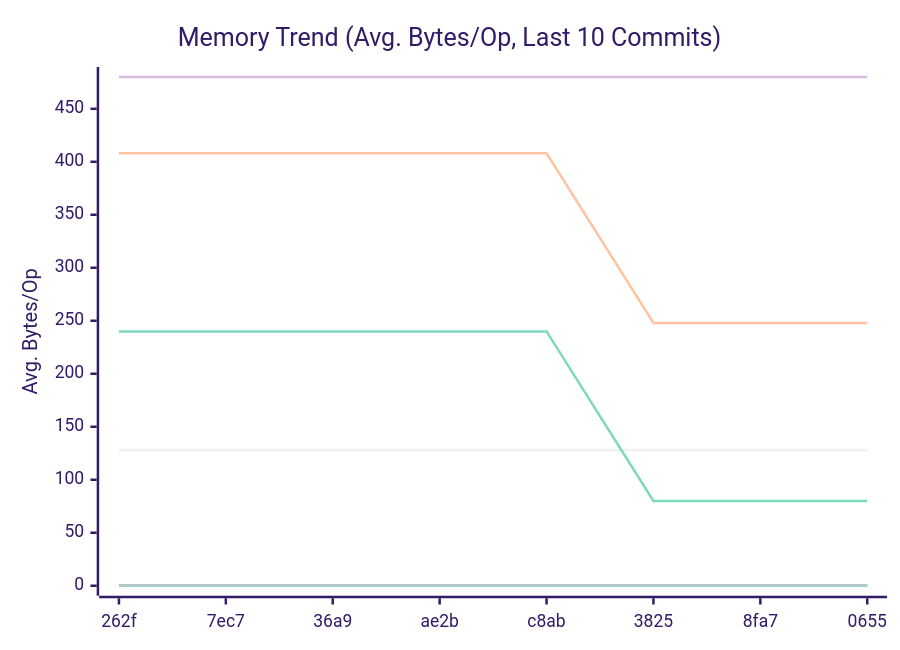
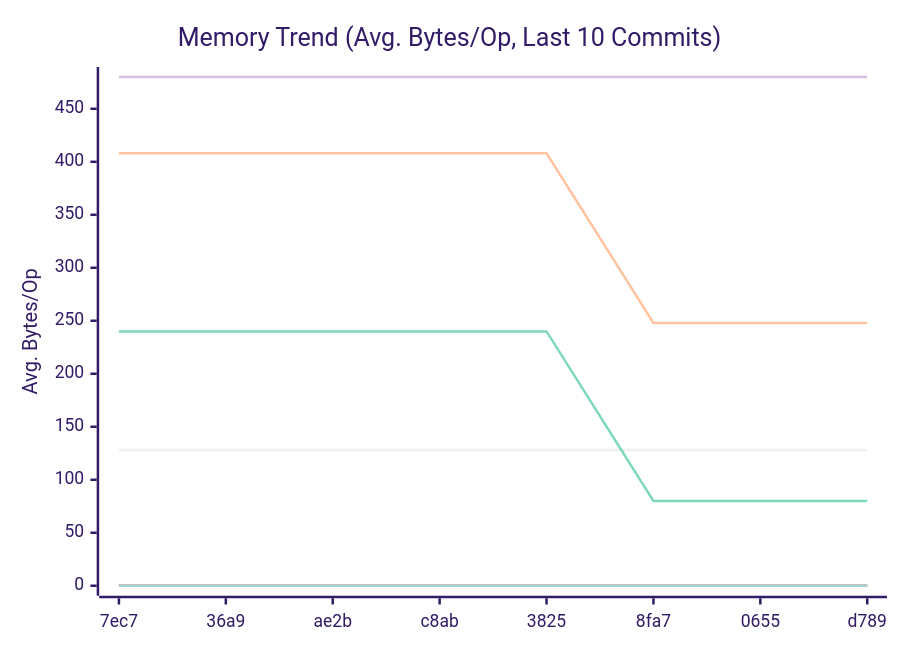
One commit to alsotoes/momo changed the second of 3 diagrams in docs/README.md. Above: the diagram before and after it, drawn with Mermaid (forest theme). The commit also changed other lines of this file and 1 other file, not shown here.

````diff
--- a/docs/README.md
+++ b/docs/README.md
@@ -318,14 +318,14 @@
 ```mermaid
 xychart-beta
     title "Memory Trend (Avg. Bytes/Op, Last 10 Commits)"
     x-axis "Commit"
     y-axis "Avg. Bytes/Op"
-    x-axis [262f,7ec7,36a9,ae2b,c8ab,3825,8fa7,0655]
+    x-axis [7ec7,36a9,ae2b,c8ab,3825,8fa7,0655,d789]
     line "CheckMetricsAndSwap" [0,0,0,0,0,0,0,0,0,0]
     line "IndexDirectTracking" [0,0,0,0,0,0,0,0,0,0]
     line "IndexSearch" [0,0,0,0,0,0,0,0,0,0]
     line "LoadGlobalConfig" [480,480,480,480,480,480,480,480,480,480]
     line "PadString" [128,128,128,128,128,128,128,128,128,128]
     line "ParseReplicationOrder_NoPrealloc" [408,408,408,408,408,248,248,248,248,248]
     line "ParseReplicationOrder_Prealloc" [240,240,240,240,240,80,80,80,80,80]
 ```
````
